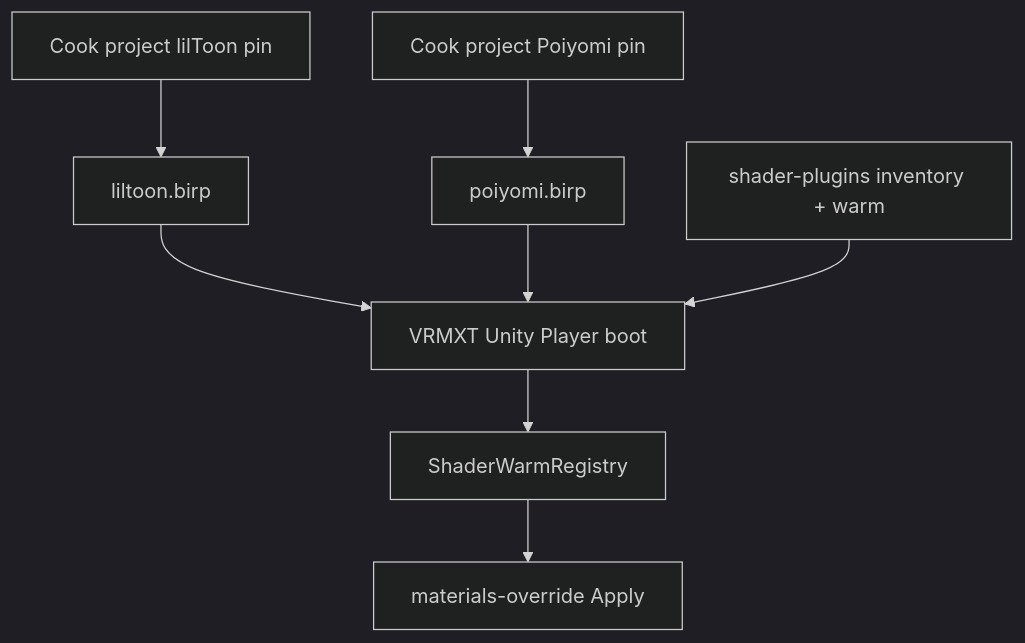
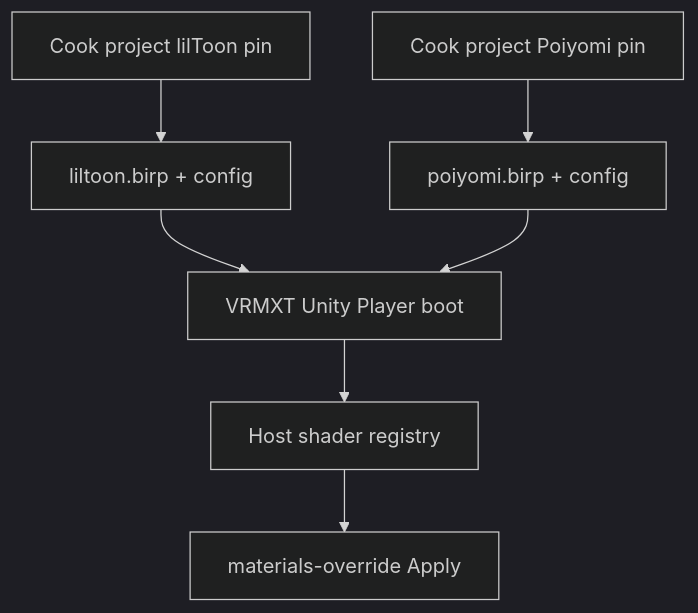
One commit to miramocha/Extended-VRM-Specs changed the diagram in references/vrmxt-player-shader-assetbundles.md. Above: the diagram before and after it, drawn with Mermaid (dark theme). The commit also changed other lines of this file and 9 other files, not shown here.

First line of the commit message:
docs: deprecate shader-plugins claim inventory

````diff
--- a/references/vrmxt-player-shader-assetbundles.md
+++ b/references/vrmxt-player-shader-assetbundles.md
@@ -50,18 +55,16 @@
 ```mermaid
 flowchart TB
   cookLil["Cook project lilToon pin"]
   cookPoi["Cook project Poiyomi pin"]
-  abLil["liltoon.birp"]
-  abPoi["poiyomi.birp"]
+  abLil["liltoon.birp + config"]
+  abPoi["poiyomi.birp + config"]
   player["VRMXT Unity Player boot"]
-  helpers["shader-plugins inventory + warm"]
-  reg["ShaderWarmRegistry"]
+  reg["Host shader registry"]
   apply["materials-override Apply"]
   cookLil --> abLil
   cookPoi --> abPoi
   abLil --> player
   abPoi --> player
-  helpers --> player
   player --> reg
   reg --> apply
 ```
````
